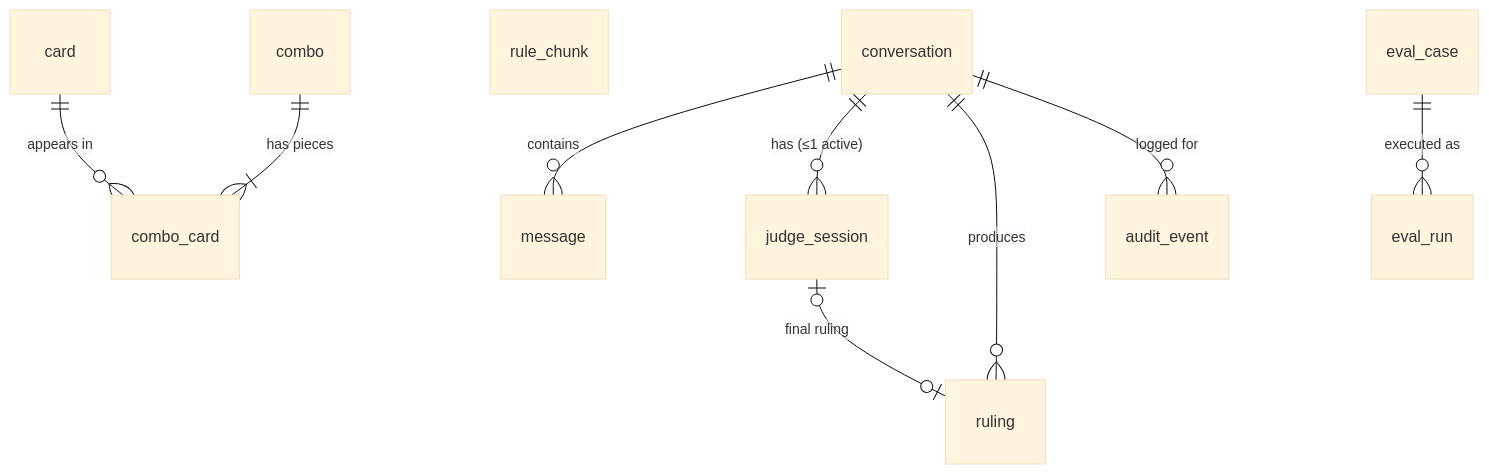
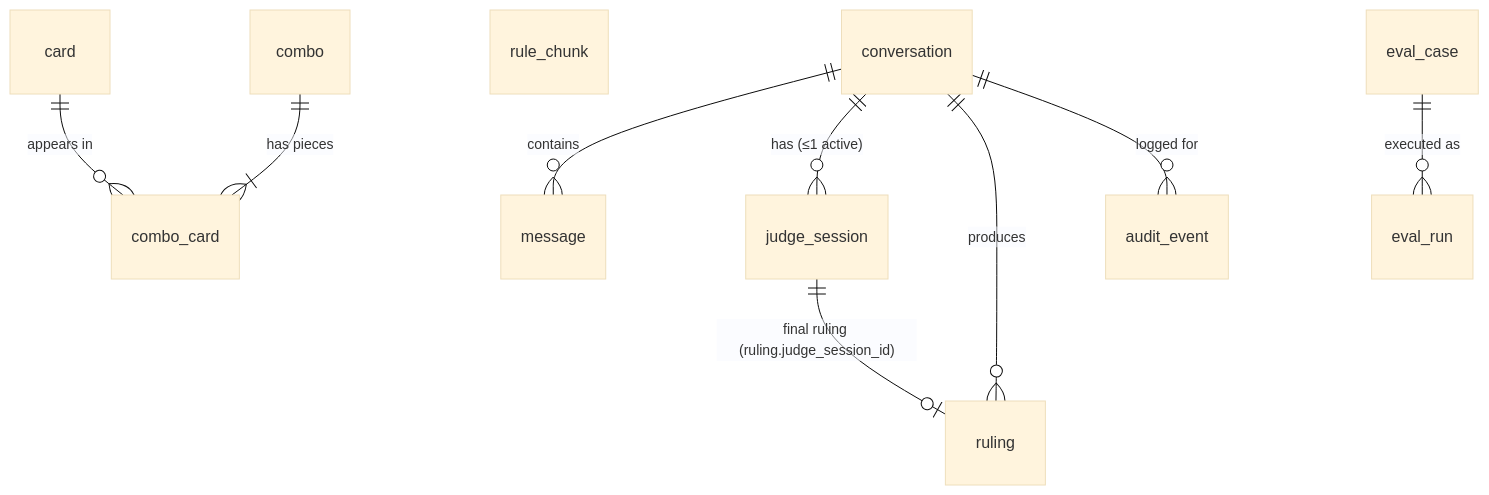
Before and after one commit to tucktuck101/mana-leak: the diagram in docs/data-model.md, drawn with Mermaid (base theme). The commit also changed other lines of this file, not shown here.

Commit message:
Data model: remove circular judge_session.ruling_id FK

````diff
--- a/docs/data-model.md
+++ b/docs/data-model.md
@@ -16,19 +16,19 @@
 ```mermaid
 erDiagram
     %% Knowledge data (re-importable, authoritative or cached)
     card ||--o{ combo_card : "appears in"
     combo ||--|{ combo_card : "has pieces"
     rule_chunk
 
     %% Conversation and judge state
     conversation ||--o{ message : contains
     conversation ||--o{ judge_session : "has (≤1 active)"
     conversation ||--o{ ruling : produces
-    judge_session |o--o| ruling : "final ruling"
+    judge_session ||--o| ruling : "final ruling (ruling.judge_session_id)"
 
     %% Evaluation data
     eval_case ||--o{ eval_run : "executed as"
 
     %% Audit data
     conversation ||--o{ audit_event : "logged for"
 ```
````
